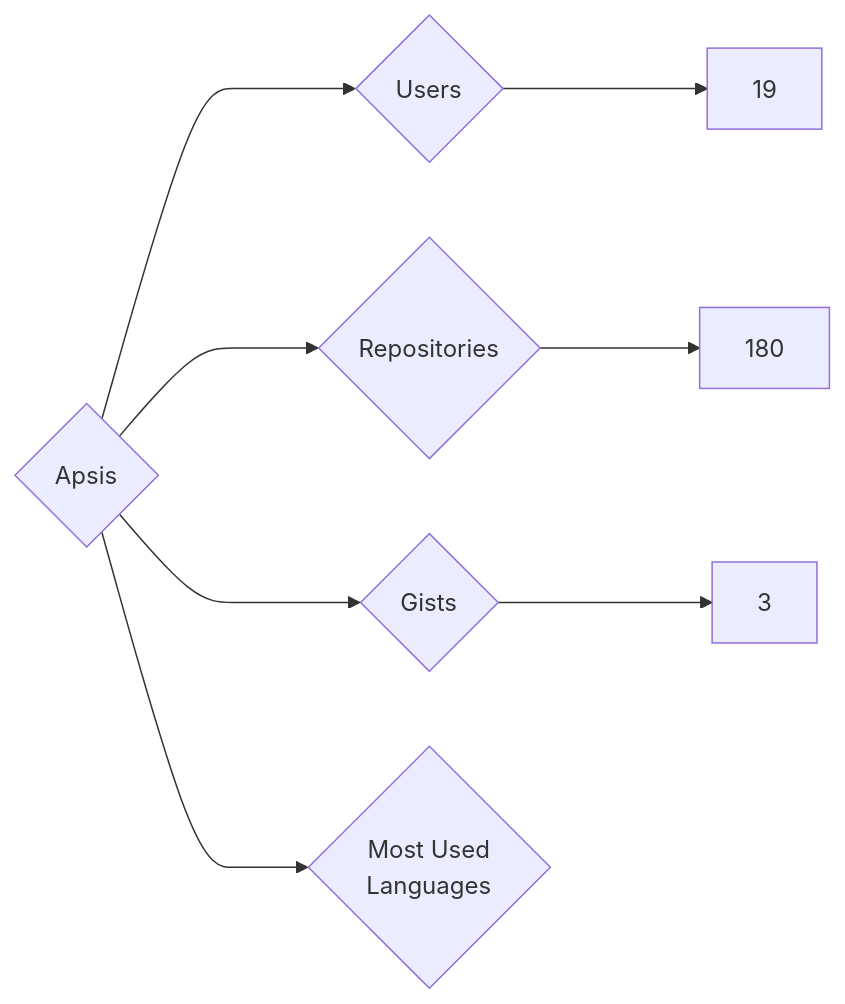
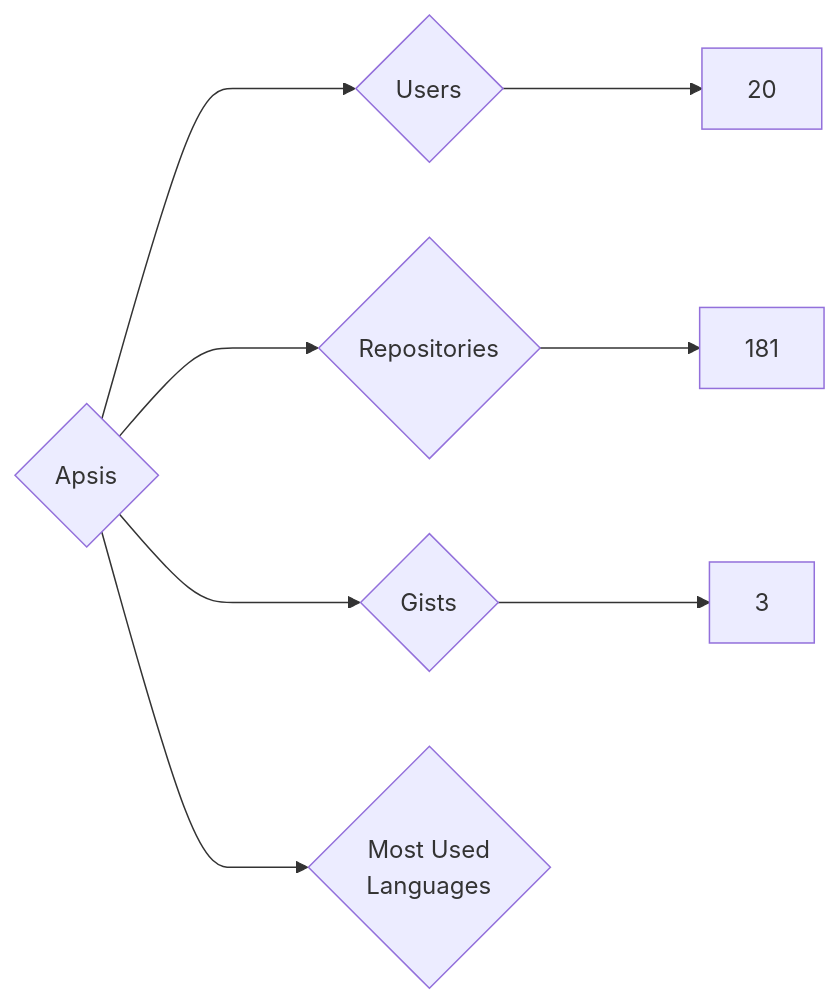
The diagram in targets/Apsis/README.md (nenadzaric/insiders), drawn with Mermaid before and after one commit. The commit also changed 2877 other files, not shown here.

````diff
--- a/targets/Apsis/README.md
+++ b/targets/Apsis/README.md
@@ -3,8 +3,8 @@
 ```mermaid
 graph LR
 COMPANY_NAME{Apsis}
-COMPANY_NAME ---> U{Users} ---> UN[19]
-COMPANY_NAME ---> R{Repositories} ---> RN[180]
+COMPANY_NAME ---> U{Users} ---> UN[20]
+COMPANY_NAME ---> R{Repositories} ---> RN[181]
 COMPANY_NAME ---> G{Gists} ---> GN[3]
 COMPANY_NAME ---> ML{Most Used<br>Languages}
 ```
````
